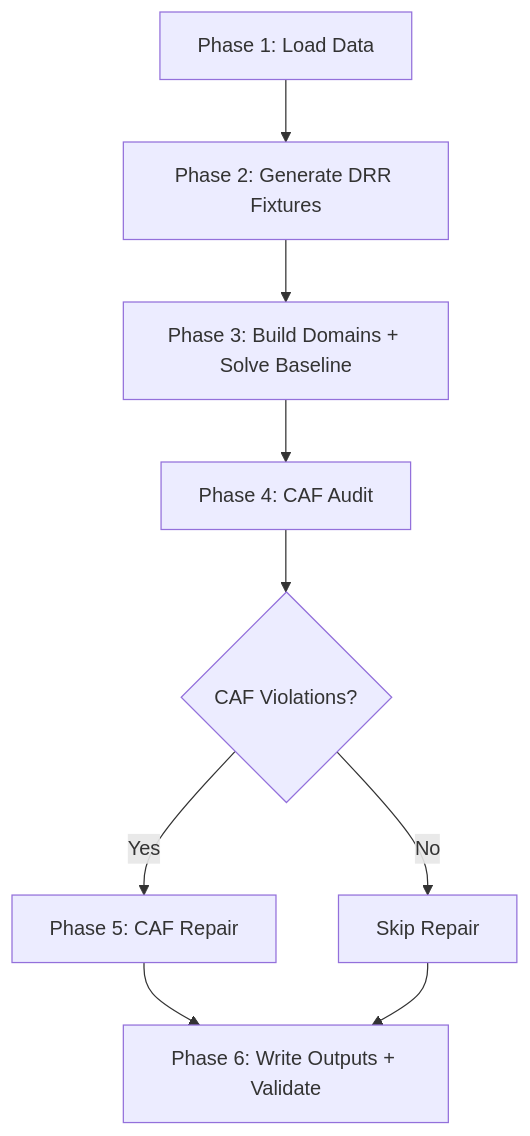
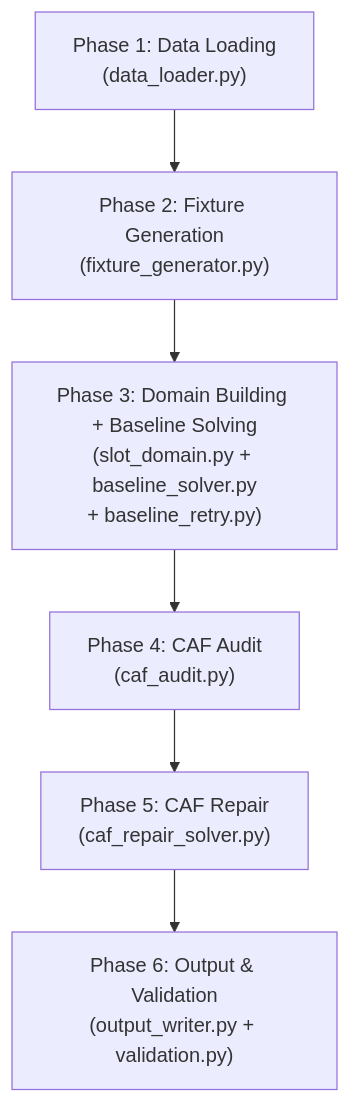
One commit to ghassanelgendy/egyptian-premier-league-schedule-optimizer changed the first of 2 diagrams in walkthrough.md. Above: the diagram before and after it, drawn with Mermaid. The commit also changed other lines of this file, not shown here.

````diff
--- a/walkthrough.md
+++ b/walkthrough.md
@@ -89,11 +205,8 @@
 ```mermaid
-flowchart TD
-    A["Phase 1: Load Data"] --> B["Phase 2: Generate DRR Fixtures"]
-    B --> C["Phase 3: Build Domains + Solve Baseline"]
-    C --> D["Phase 4: CAF Audit"]
-    D --> E{"CAF Violations?"}
-    E -->|Yes| F["Phase 5: CAF Repair"]
-    E -->|No| G["Skip Repair"]
-    F --> H["Phase 6: Write Outputs + Validate"]
-    G --> H
+graph TD
+    A["Phase 1: Data Loading<br/>(data_loader.py)"] --> B["Phase 2: Fixture Generation<br/>(fixture_generator.py)"]
+    B --> C["Phase 3: Domain Building + Baseline Solving<br/>(slot_domain.py + baseline_solver.py<br/>+ baseline_retry.py)"]
+    C --> D["Phase 4: CAF Audit<br/>(caf_audit.py)"]
+    D --> E["Phase 5: CAF Repair<br/>(caf_repair_solver.py)"]
+    E --> F["Phase 6: Output & Validation<br/>(output_writer.py + validation.py)"]
 ```
````
